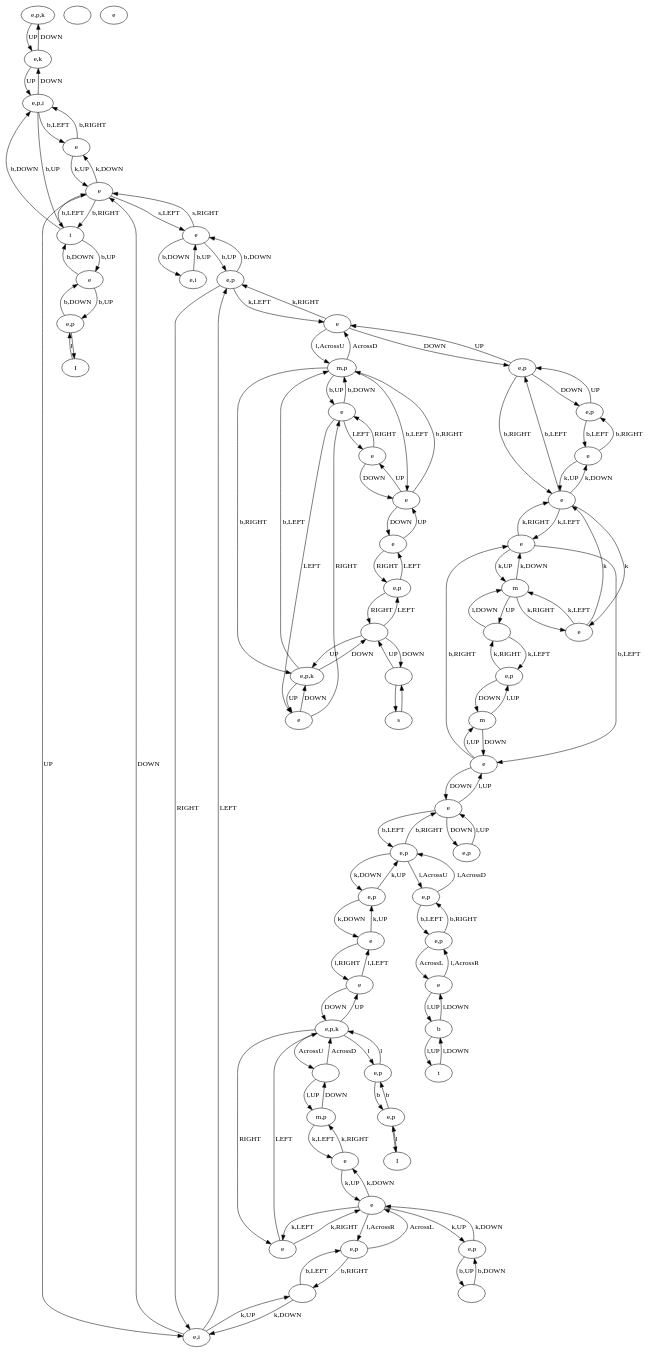
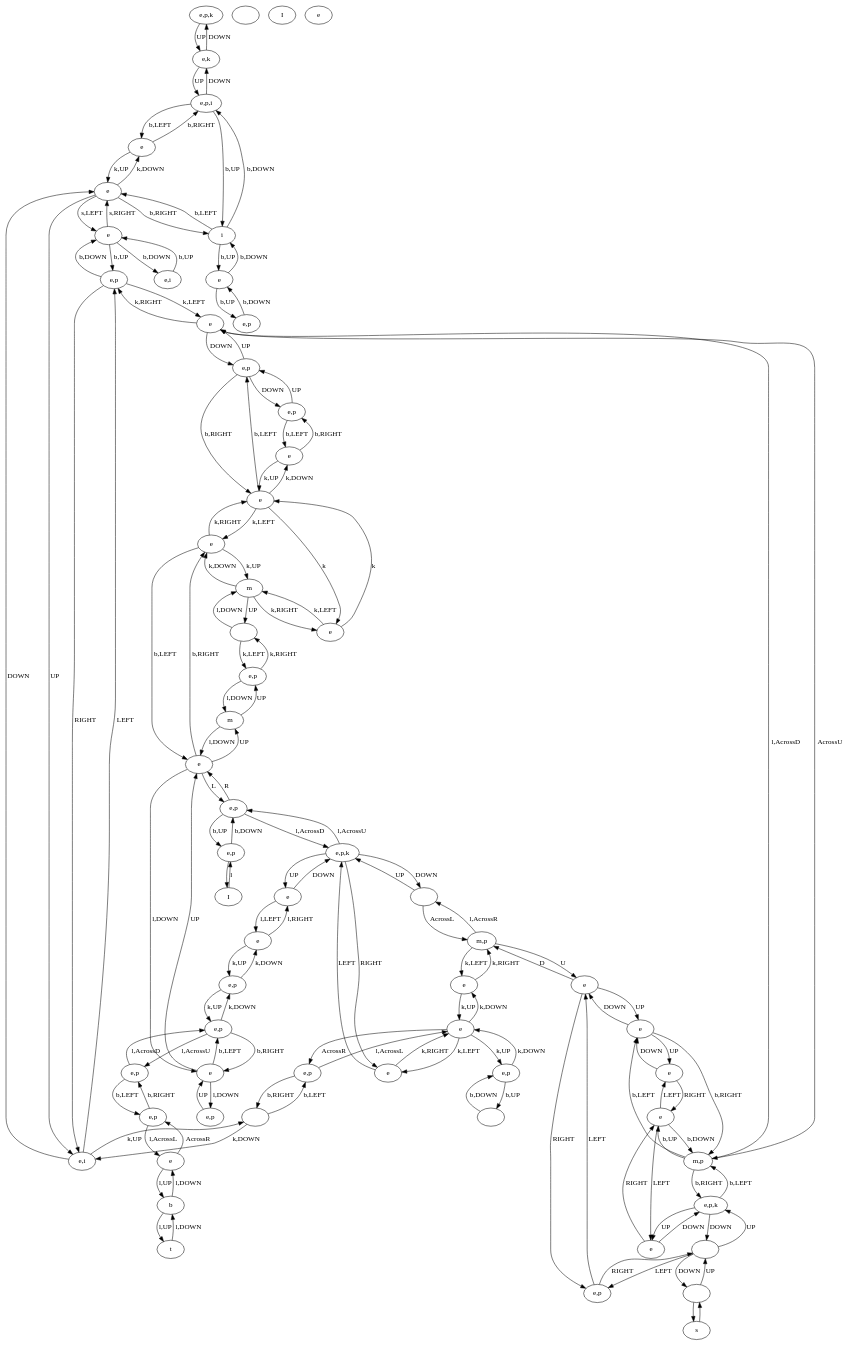
One commit to schrum2/MM-NEAT changed the diagram in data/VGLC/Zelda/Graph Processed/LoZ_9.dot. Above: the diagram before and after it, drawn with Graphviz. The commit also changed 66 other files, not shown here.

```diff
--- a/data/VGLC/Zelda/Graph Processed/LoZ_9.dot
+++ b/data/VGLC/Zelda/Graph Processed/LoZ_9.dot
@@ -81,8 +81,8 @@
 32 -> 35 [label="DOWN"]
 13 -> 16 [label="LEFT"]
 16 -> 13 [label="RIGHT"]
-5 -> 16 [label="AcrossD"]
-16 -> 5 [label="AcrossU"]
+5 -> 16 [label="UP"]
+16 -> 5 [label="DOWN"]
 16 -> 26 [label="UP"]
 26 -> 16 [label="DOWN"]
 49 -> 2 [label="UP"]
@@ -131,8 +131,8 @@
 52 -> 57 [label="b,LEFT"]
 59 -> 3 [label="b,RIGHT"]
 3 -> 59 [label="b,LEFT"]
-55 -> 56 [label="b"]
-56 -> 55 [label="b"]
+55 -> 56 [label="b,UP"]
+56 -> 55 [label="b,DOWN"]
 22 -> 23 [label="b,RIGHT"]
 23 -> 22 [label="b,LEFT"]
 58 -> 27 [label="b,RIGHT"]
@@ -159,44 +159,46 @@
 60 -> 0 [label="DOWN"]
 43 -> 37 [label="k,UP"]
 37 -> 43 [label="k,DOWN"]
-52 -> 25 [label="DOWN"]
-25 -> 52 [label="l,UP"]
-59 -> 52 [label="DOWN"]
-52 -> 59 [label="l,UP"]
-51 -> 59 [label="DOWN"]
-59 -> 51 [label="l,UP"]
+52 -> 25 [label="l,DOWN"]
+25 -> 52 [label="UP"]
+59 -> 52 [label="l,DOWN"]
+52 -> 59 [label="UP"]
+51 -> 59 [label="l,DOWN"]
+59 -> 51 [label="UP"]
 61 -> 4 [label="UP"]
 4 -> 61 [label="l,DOWN"]
 31 -> 44 [label="UP"]
 44 -> 31 [label="DOWN"]
-53 -> 8 [label=""]
-8 -> 53 [label="l"]
 56 -> 9 [label=""]
 9 -> 56 [label="l"]
-21 -> 51 [label="DOWN"]
-51 -> 21 [label="l,UP"]
+21 -> 51 [label="l,DOWN"]
+51 -> 21 [label="UP"]
 26 -> 36 [label="l,LEFT"]
 36 -> 26 [label="l,RIGHT"]
 15 -> 14 [label="l,UP"]
 14 -> 15 [label="l,DOWN"]
 14 -> 10 [label="l,UP"]
 10 -> 14 [label="l,DOWN"]
-58 -> 41 [label="AcrossL"]
-41 -> 58 [label="l,AcrossR"]
-33 -> 5 [label="DOWN"]
-5 -> 33 [label="l,UP"]
-55 -> 16 [label="l"]
-16 -> 55 [label="l"]
+58 -> 41 [label="l,AcrossL"]
+41 -> 58 [label="AcrossR"]
+33 -> 5 [label="l,AcrossR"]
+5 -> 33 [label="AcrossL"]
+55 -> 16 [label="l,AcrossD"]
+16 -> 55 [label="l,AcrossU"]
 57 -> 23 [label="l,AcrossU"]
 23 -> 57 [label="l,AcrossD"]
-15 -> 22 [label="l,AcrossR"]
-22 -> 15 [label="AcrossL"]
-45 -> 2 [label="AcrossD"]
-2 -> 45 [label="l,AcrossU"]
+15 -> 22 [label="AcrossR"]
+22 -> 15 [label="l,AcrossL"]
+45 -> 2 [label="l,AcrossD"]
+2 -> 45 [label="AcrossU"]
 12 -> 37 [label="s,RIGHT"]
 37 -> 12 [label="s,LEFT"]
 49 -> 6 [label="b,RIGHT"]
 6 -> 49 [label="b,LEFT"]
 20 -> 17 [label="b,RIGHT"]
 17 -> 20 [label="b,LEFT"]
+55 -> 59 [label="R"]
+59 -> 55 [label="L"]
+35 -> 33 [label="D"]
+33 -> 35 [label="U"]
 }
```
